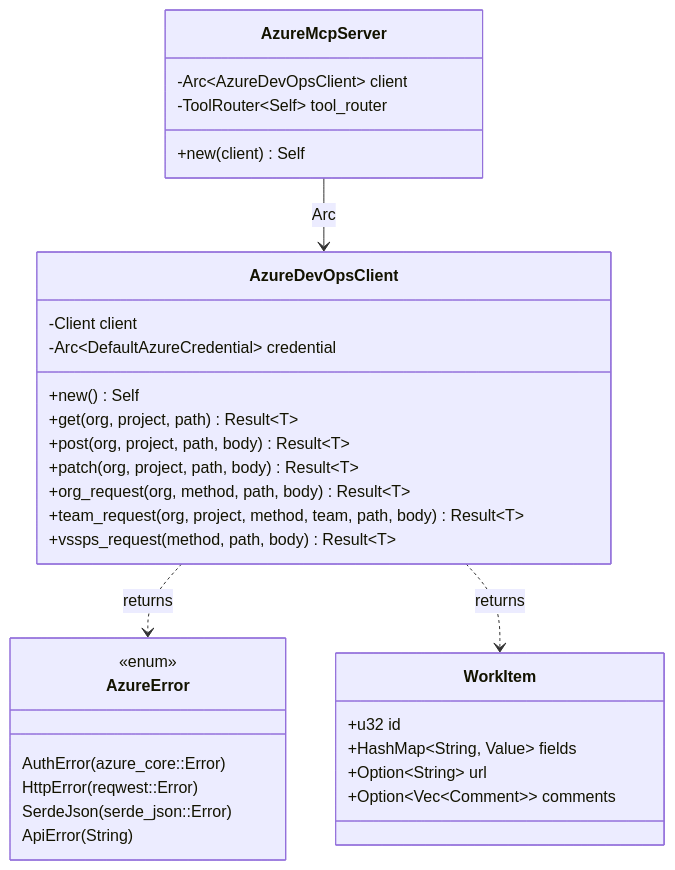
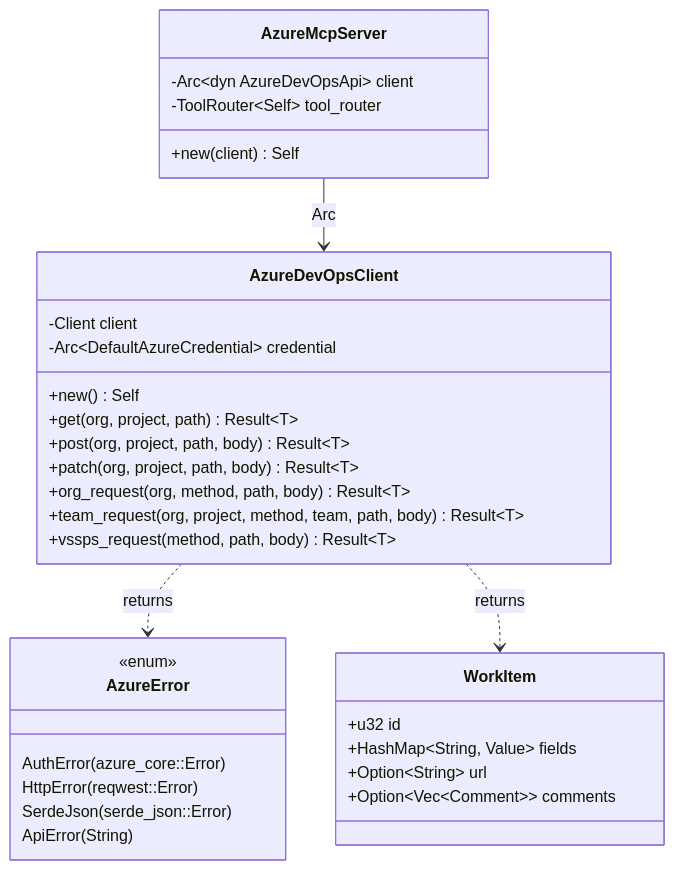
One commit to danielealbano/mcp-for-azure-devops-boards changed the fourth of 5 diagrams in docs/ARCHITECTURE.md. Above: the diagram before and after it, drawn with Mermaid. The commit also changed other lines of this file and 47 other files, not shown here.

First line of the commit message:
Add AzureDevOpsApi trait and integration tests for anti-prompt-injection (#50)

````diff
--- a/docs/ARCHITECTURE.md
+++ b/docs/ARCHITECTURE.md
@@ -171,39 +183,39 @@
 ```mermaid
 classDiagram
     class AzureDevOpsClient {
         -Client client
         -Arc~DefaultAzureCredential~ credential
         +new() Self
         +get(org, project, path) Result~T~
         +post(org, project, path, body) Result~T~
         +patch(org, project, path, body) Result~T~
         +org_request(org, method, path, body) Result~T~
         +team_request(org, project, method, team, path, body) Result~T~
         +vssps_request(method, path, body) Result~T~
     }
 
     class AzureError {
         <<enum>>
         AuthError(azure_core::Error)
         HttpError(reqwest::Error)
         SerdeJson(serde_json::Error)
         ApiError(String)
     }
 
     class AzureMcpServer {
-        -Arc~AzureDevOpsClient~ client
+        -Arc~dyn AzureDevOpsApi~ client
         -ToolRouter~Self~ tool_router
         +new(client) Self
     }
 
     class WorkItem {
         +u32 id
         +HashMap~String, Value~ fields
         +Option~String~ url
         +Option~Vec~Comment~~ comments
     }
 
     AzureMcpServer --> AzureDevOpsClient : Arc
     AzureDevOpsClient ..> AzureError : returns
     AzureDevOpsClient ..> WorkItem : returns
 ```
````
